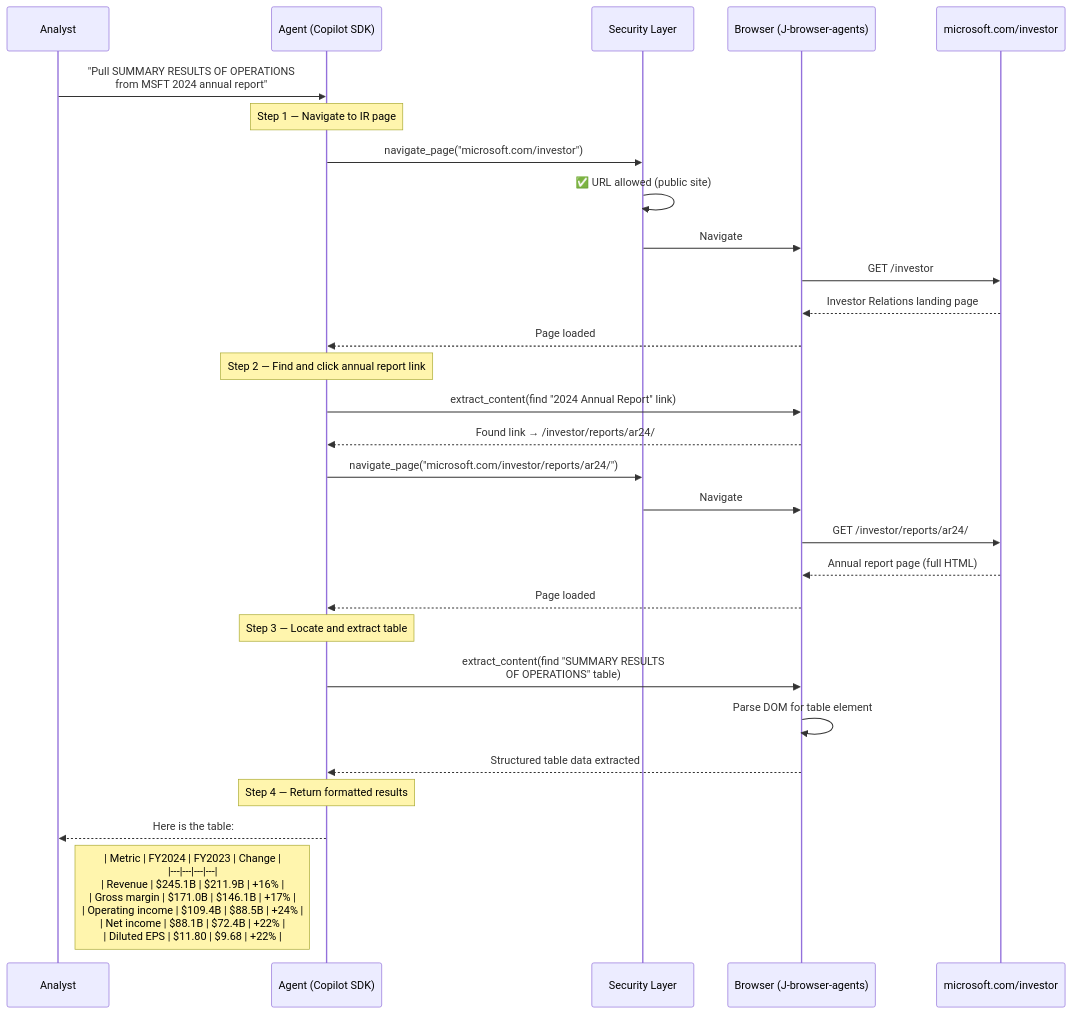
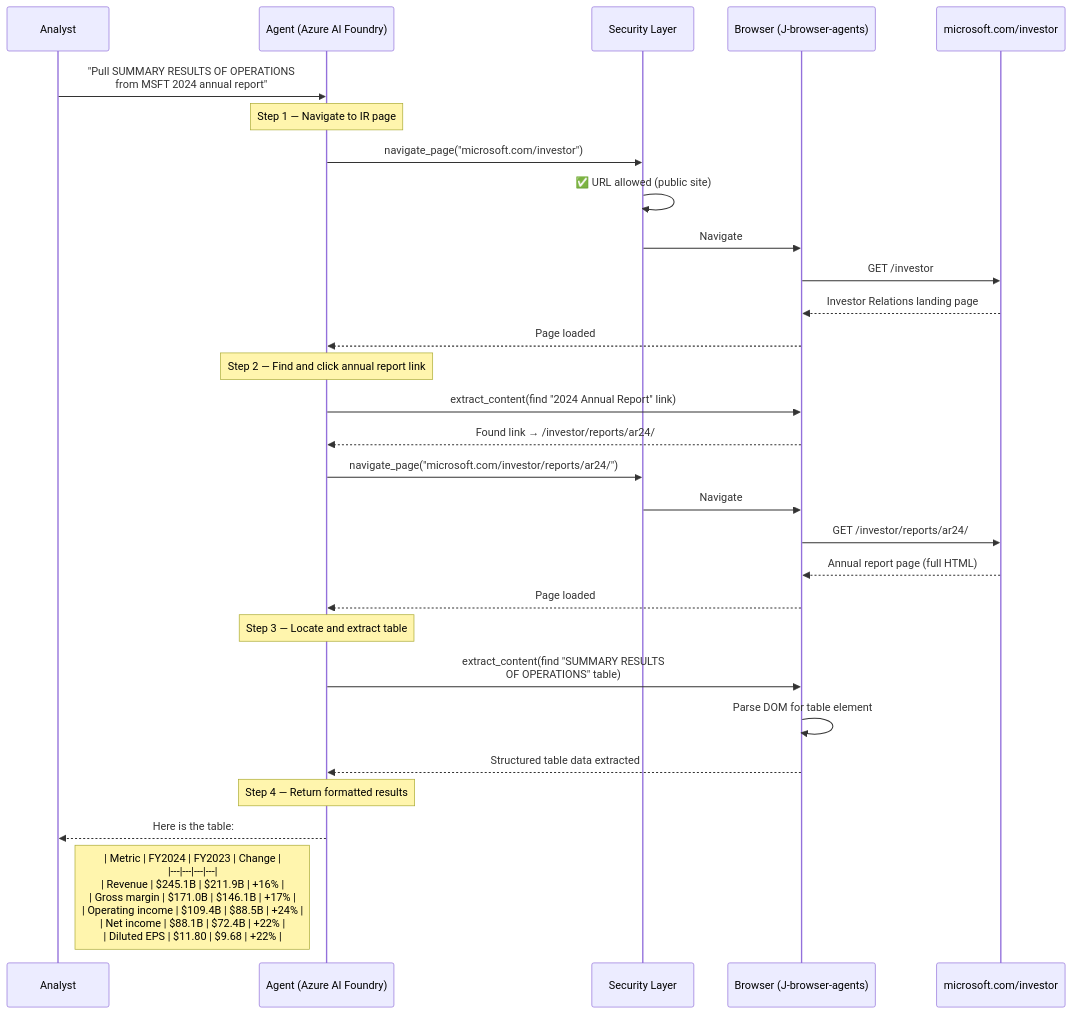
Before and after one commit to yjcmsft/Secure-Enterprise-Browser-Agentic-System: the fourth of 12 diagrams in ARCHITECTURE.md, drawn with Mermaid. The commit also changed other lines of this file and 16 other files, not shown here.

````diff
--- a/ARCHITECTURE.md
+++ b/ARCHITECTURE.md
@@ -246,37 +246,37 @@
 ```mermaid
 sequenceDiagram
     participant U as Analyst
-    participant A as Agent (Copilot SDK)
+    participant A as Agent (Azure AI Foundry)
     participant S as Security Layer
     participant B as Browser (J-browser-agents)
     participant IR as microsoft.com/investor
 
     U->>A: "Pull SUMMARY RESULTS OF OPERATIONS<br/>from MSFT 2024 annual report"
 
     Note over A: Step 1 — Navigate to IR page
     A->>S: navigate_page("microsoft.com/investor")
     S->>S: ✅ URL allowed (public site)
     S->>B: Navigate
     B->>IR: GET /investor
     IR-->>B: Investor Relations landing page
     B-->>A: Page loaded
 
     Note over A: Step 2 — Find and click annual report link
     A->>B: extract_content(find "2024 Annual Report" link)
     B-->>A: Found link → /investor/reports/ar24/
     A->>S: navigate_page("microsoft.com/investor/reports/ar24/")
     S->>B: Navigate
     B->>IR: GET /investor/reports/ar24/
     IR-->>B: Annual report page (full HTML)
     B-->>A: Page loaded
 
     Note over A: Step 3 — Locate and extract table
     A->>B: extract_content(find "SUMMARY RESULTS<br/>OF OPERATIONS" table)
     B->>B: Parse DOM for table element
     B-->>A: Structured table data extracted
 
     Note over A: Step 4 — Return formatted results
     A-->>U: Here is the table:
 
     Note right of U: | Metric | FY2024 | FY2023 | Change |<br/>|---|---|---|---|<br/>| Revenue | $245.1B | $211.9B | +16% |<br/>| Gross margin | $171.0B | $146.1B | +17% |<br/>| Operating income | $109.4B | $88.5B | +24% |<br/>| Net income | $88.1B | $72.4B | +22% |<br/>| Diluted EPS | $11.80 | $9.68 | +22% |
 ```
````
